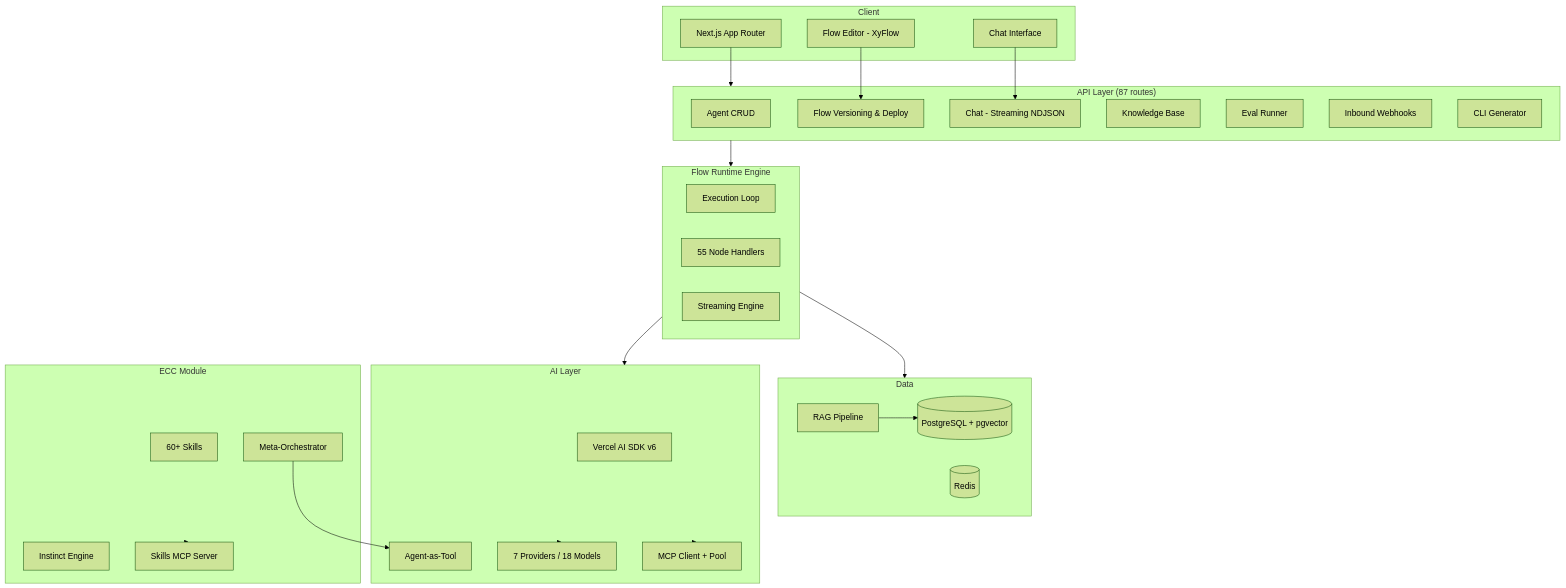
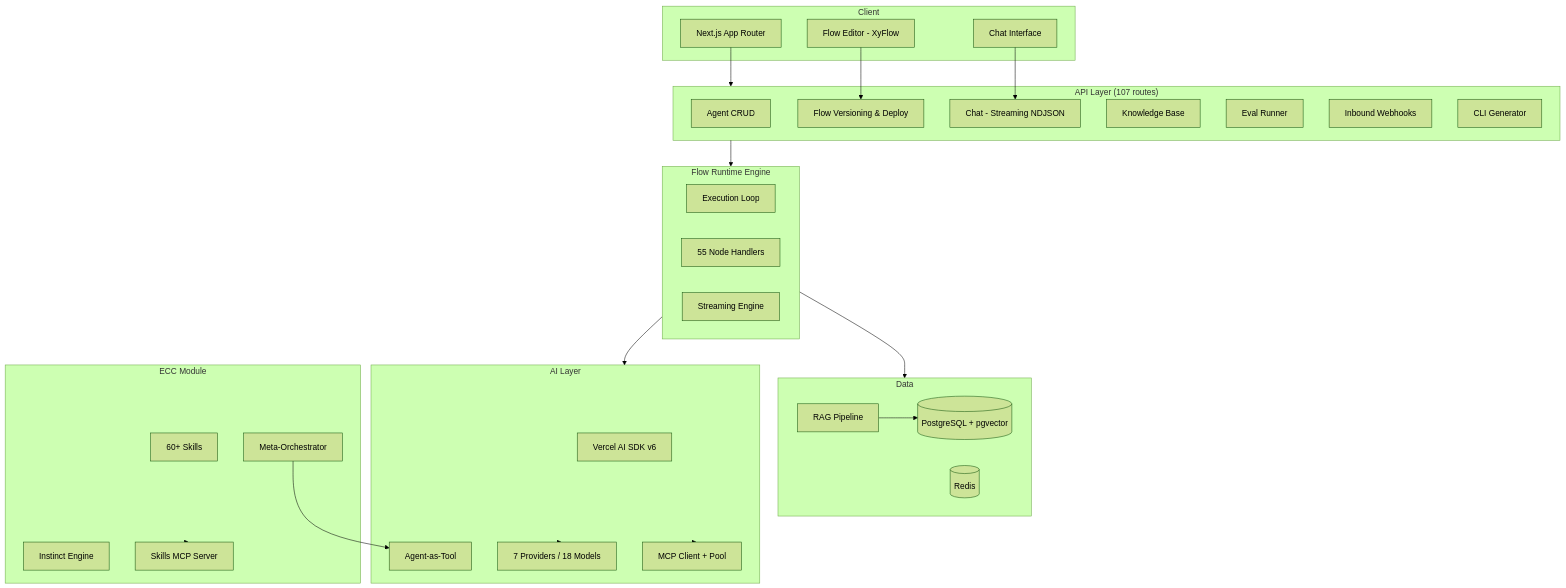
Before and after one commit to webdevcom01-cell/agent-studio: the diagram in README.md, drawn with Mermaid (forest theme). The commit also changed other lines of this file and 44 other files, not shown here.

````diff
--- a/README.md
+++ b/README.md
@@ -191,56 +198,56 @@
 ```mermaid
 graph TB
     subgraph Client
         UI[Next.js App Router]
         FE[Flow Editor - XyFlow]
         Chat[Chat Interface]
     end
 
-    subgraph API["API Layer (87 routes)"]
+    subgraph API["API Layer (107 routes)"]
         Agents[Agent CRUD]
         FlowAPI[Flow Versioning & Deploy]
         ChatAPI[Chat - Streaming NDJSON]
         KBAPI[Knowledge Base]
         Evals[Eval Runner]
         Webhooks[Inbound Webhooks]
         CLI[CLI Generator]
     end
 
     subgraph Runtime["Flow Runtime Engine"]
         Engine[Execution Loop]
         Handlers[55 Node Handlers]
         Stream[Streaming Engine]
     end
 
     subgraph AI["AI Layer"]
         SDK[Vercel AI SDK v6]
         Providers[7 Providers / 18 Models]
         MCP[MCP Client + Pool]
         AgentTools[Agent-as-Tool]
     end
 
     subgraph Data
         PG[(PostgreSQL + pgvector)]
         Redis[(Redis)]
         KB[RAG Pipeline]
     end
 
     subgraph ECC["ECC Module"]
         Skills[60+ Skills]
         Meta[Meta-Orchestrator]
         Learn[Instinct Engine]
         ECCMCP[Skills MCP Server]
     end
 
     UI --> API
     FE --> FlowAPI
     Chat --> ChatAPI
     API --> Runtime
     Runtime --> AI
     AI --> Providers
     AI --> MCP
     Runtime --> Data
     KB --> PG
     ECC --> ECCMCP
     Meta --> AgentTools
 ```
````
